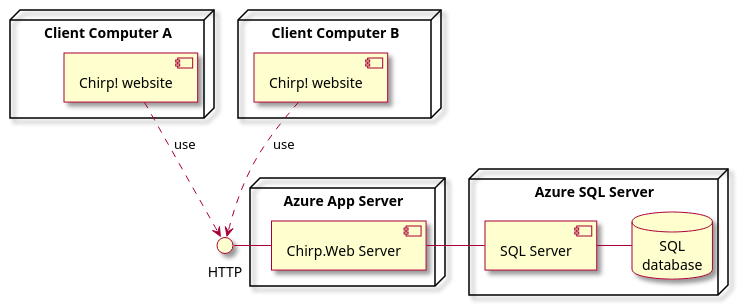
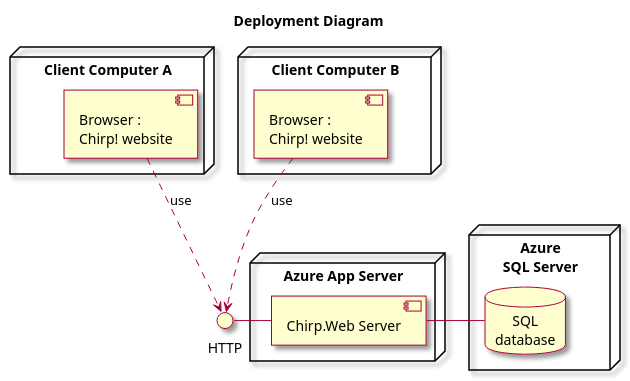
The diagram in docs/sections/architecture-of-deployed-app/deployment-diagram.puml (ITU-BDSA-GROUP5/Chirp), drawn with PlantUML before and after one commit. The commit also changed 1 other file, not shown here.

Commit message:
update deployment diagram

```diff
--- a/docs/sections/architecture-of-deployed-app/deployment-diagram.puml
+++ b/docs/sections/architecture-of-deployed-app/deployment-diagram.puml
@@ -1,34 +1,33 @@
 @startuml
+
+title Deployment Diagram
 
 skin rose
 
 node "Client Computer A" as N1 {
-  component "Chirp! website" as C1
+  component "Browser :\nChirp! website" as C1
 }
 
 node "Client Computer B" as N2 {
-  component "Chirp! website" as C2
+  component "Browser :\nChirp! website" as C2
 }
 
 node "Azure App Server" as AAS {
   component "Chirp.Web Server" as S
 }
 
-node "Azure SQL Server" as ASS {
-  component "SQL Server" as SQL
+node "Azure\nSQL Server" as ASS {
   database "SQL\ndatabase" as DB
 }
 
 
 () HTTP as H
 
 C1 ..> H : use
 C2 ..> H : use
 
 H - S
 
-S - SQL
-
-SQL - DB
+S - DB
 
 @enduml
```
